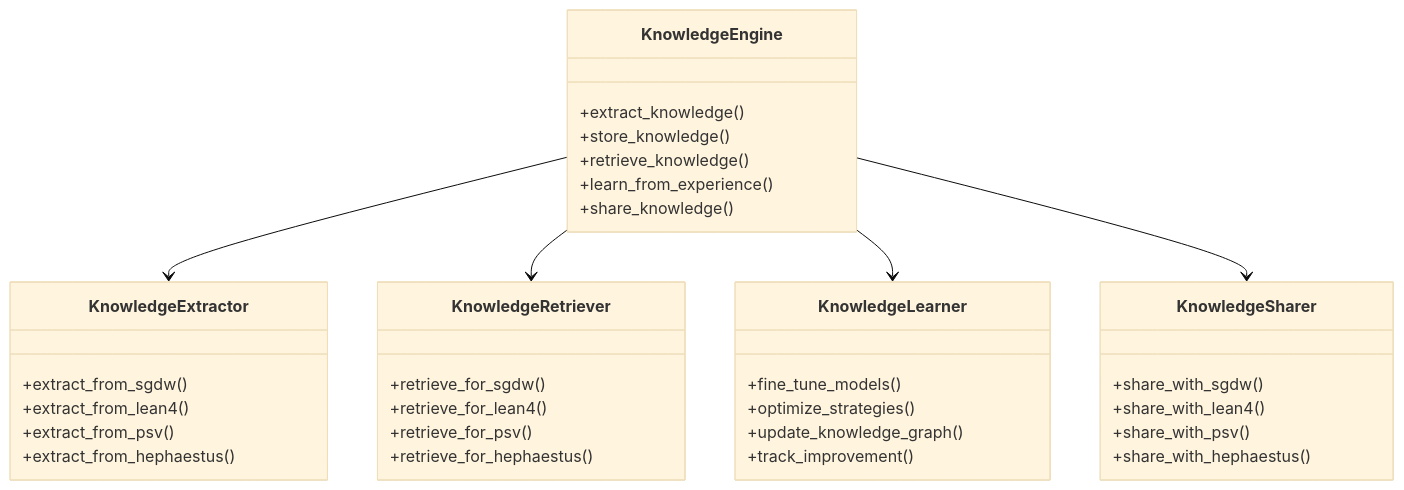
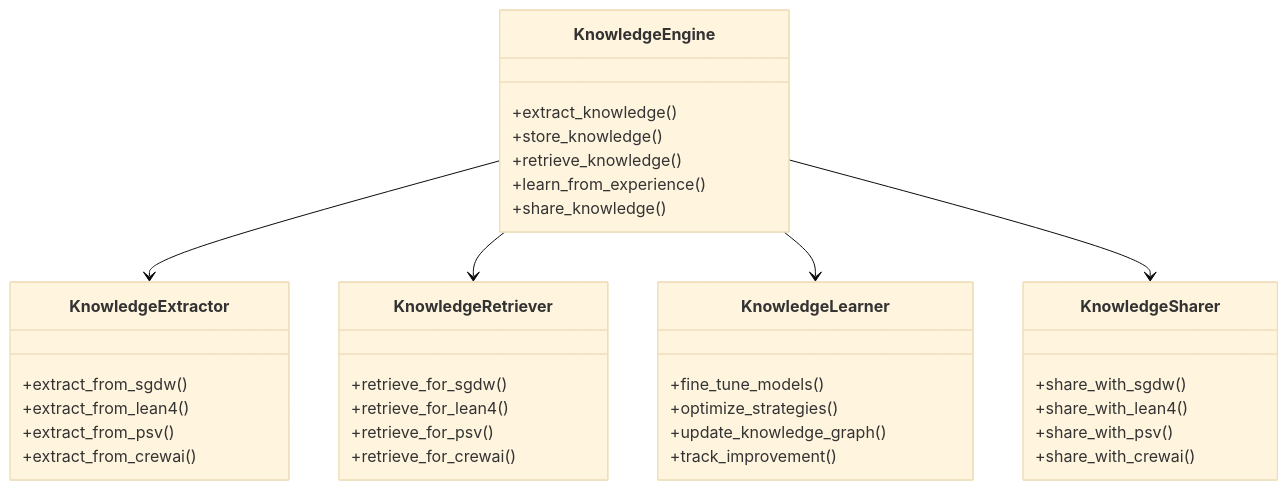
The second of 33 diagrams in docs/knowledge_engine/KNOWLEDGE_ENGINE_INTEGRATION_GUIDE.md (jazir555/OpenEvolveFrontend), drawn with Mermaid (base theme) before and after one commit. The commit also changed other lines of this file and 631 other files, not shown here.

````diff
--- a/docs/knowledge_engine/KNOWLEDGE_ENGINE_INTEGRATION_GUIDE.md
+++ b/docs/knowledge_engine/KNOWLEDGE_ENGINE_INTEGRATION_GUIDE.md
@@ -65,43 +65,43 @@
 ```mermaid
 classDiagram
     class KnowledgeEngine {
         +extract_knowledge()
         +store_knowledge()
         +retrieve_knowledge()
         +learn_from_experience()
         +share_knowledge()
     }
     
     class KnowledgeExtractor {
         +extract_from_sgdw()
         +extract_from_lean4()
         +extract_from_psv()
-        +extract_from_hephaestus()
+        +extract_from_crewai()
     }
     
     class KnowledgeRetriever {
         +retrieve_for_sgdw()
         +retrieve_for_lean4()
         +retrieve_for_psv()
-        +retrieve_for_hephaestus()
+        +retrieve_for_crewai()
     }
     
     class KnowledgeLearner {
         +fine_tune_models()
         +optimize_strategies()
         +update_knowledge_graph()
         +track_improvement()
     }
     
     class KnowledgeSharer {
         +share_with_sgdw()
         +share_with_lean4()
         +share_with_psv()
-        +share_with_hephaestus()
+        +share_with_crewai()
     }
     
     KnowledgeEngine --> KnowledgeExtractor
     KnowledgeEngine --> KnowledgeRetriever
     KnowledgeEngine --> KnowledgeLearner
     KnowledgeEngine --> KnowledgeSharer
 ```
````
